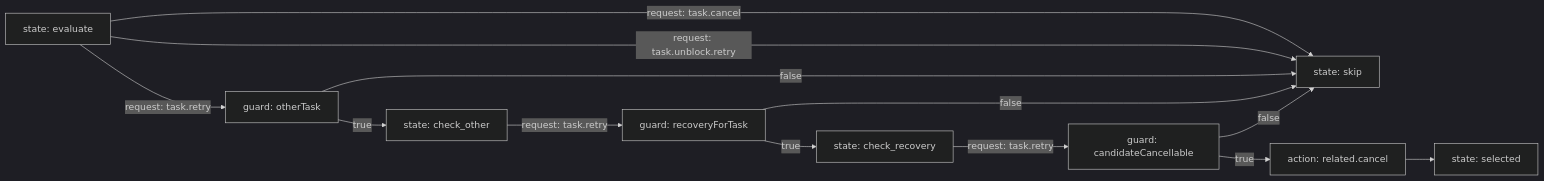
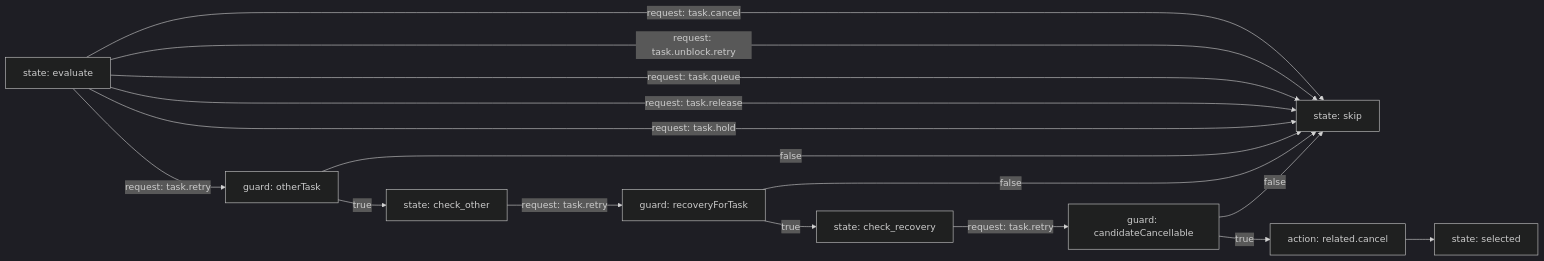
Before and after one commit to lalalic/agents-relay: the diagram in workflow/task-related-action-v2.mmd, drawn with Mermaid (dark theme). The commit also changed 8 other files, not shown here.

Commit message:
refactor(v2): route queue through graph action

```diff
--- a/workflow/task-related-action-v2.mmd
+++ b/workflow/task-related-action-v2.mmd
@@ -1,25 +1,28 @@
 flowchart LR
 %% relay: initial evaluate
 evaluate["state: evaluate"]
 checkOther["state: check_other"]
 checkRecovery["state: check_recovery"]
 skip["state: skip"]
 selected["state: selected"]
 
 otherTask["guard: otherTask"]
 recoveryForTask["guard: recoveryForTask"]
 candidateCancellable["guard: candidateCancellable"]
 cancelRelated["action: related.cancel"]
 
 evaluate -->|request: task.cancel| skip
 evaluate -->|request: task.unblock.retry| skip
+evaluate -->|request: task.queue| skip
+evaluate -->|request: task.release| skip
+evaluate -->|request: task.hold| skip
 evaluate -->|request: task.retry| otherTask
 otherTask -->|false| skip
 otherTask -->|true| checkOther
 checkOther -->|request: task.retry| recoveryForTask
 recoveryForTask -->|false| skip
 recoveryForTask -->|true| checkRecovery
 checkRecovery -->|request: task.retry| candidateCancellable
 candidateCancellable -->|false| skip
 candidateCancellable -->|true| cancelRelated
 cancelRelated --> selected
```
